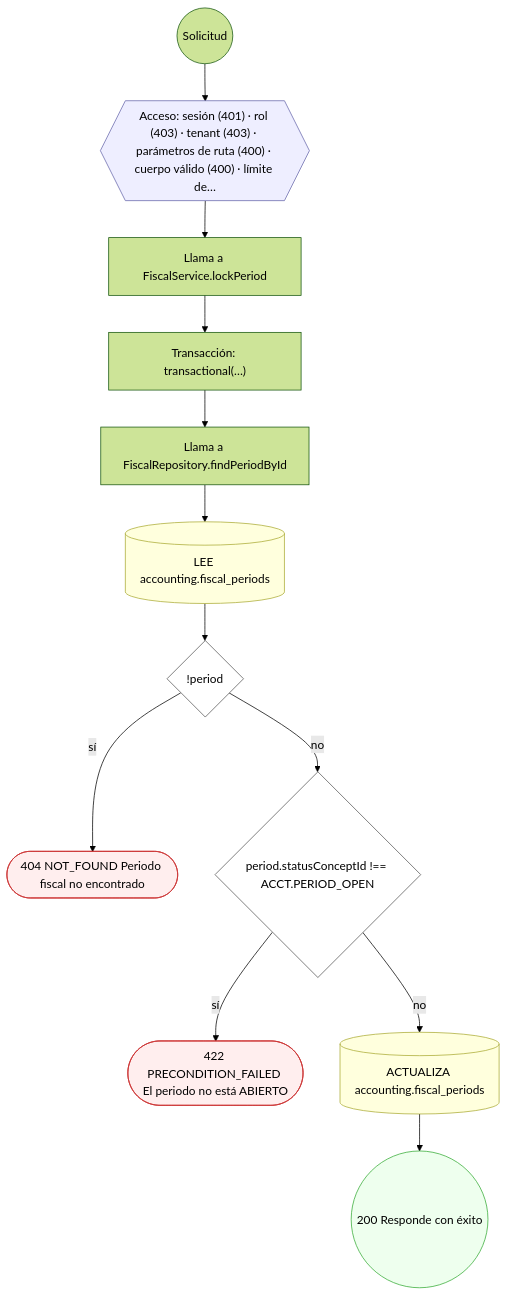
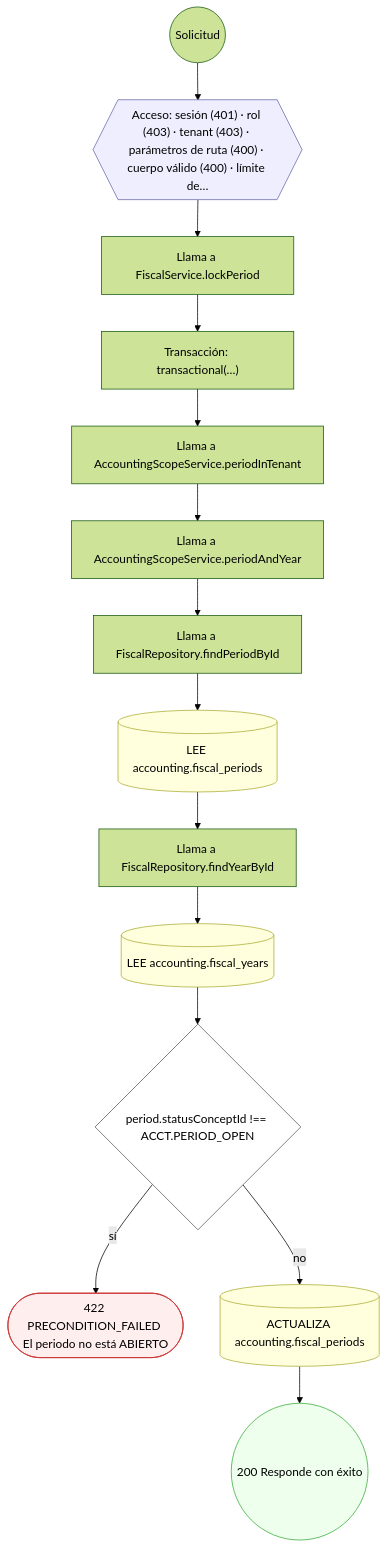
Before and after one commit to mdavila-2001/mantra-core-health-api: diagram 17 of 48 in docs/inventario/flujos/accounting.md, drawn with Mermaid (forest theme). The commit also changed other lines of this file and 438 other files, not shown here.

````diff
--- a/docs/inventario/flujos/accounting.md
+++ b/docs/inventario/flujos/accounting.md
@@ -1420,32 +1572,36 @@
 ```mermaid
 flowchart TD
   n1(("Solicitud")):::inicio
   n2{{"Acceso: sesión (401) · rol (403) · tenant (403) · parámetros de ruta (400) · cuerpo válido (400) · límite de…"}}:::acceso
   n1 --> n2
   n3["Llama a FiscalService.lockPeriod"]:::llamada
   n2 --> n3
   n4["Transacción: transactional(…)"]:::transaccion
   n3 --> n4
-  n5["Llama a FiscalRepository.findPeriodById"]:::llamada
+  n5["Llama a AccountingScopeService.periodInTenant"]:::llamada
   n4 --> n5
-  n6[("LEE accounting.fiscal_periods")]:::efecto
+  n6["Llama a AccountingScopeService.periodAndYear"]:::llamada
   n5 --> n6
-  n7{"!period"}:::decision
+  n7["Llama a FiscalRepository.findPeriodById"]:::llamada
   n6 --> n7
-  n8(["404 NOT_FOUND Periodo fiscal no encontrado"]):::error
-  n7 -->|"sí"| n8
-  n9{"period.statusConceptId !== ACCT.PERIOD_OPEN"}:::decision
-  n7 -->|"no"| n9
-  n10(["422 PRECONDITION_FAILED El periodo no está ABIERTO"]):::error
-  n9 -->|"sí"| n10
-  n11[("ACTUALIZA accounting.fiscal_periods")]:::efecto
-  n9 -->|"no"| n11
-  n12(("200 Responde con éxito")):::ok
-  n11 --> n12
+  n8[("LEE accounting.fiscal_periods")]:::efecto
+  n7 --> n8
+  n9["Llama a FiscalRepository.findYearById"]:::llamada
+  n8 --> n9
+  n10[("LEE accounting.fiscal_years")]:::efecto
+  n9 --> n10
+  n11{"period.statusConceptId !== ACCT.PERIOD_OPEN"}:::decision
+  n10 --> n11
+  n12(["422 PRECONDITION_FAILED El periodo no está ABIERTO"]):::error
+  n11 -->|"sí"| n12
+  n13[("ACTUALIZA accounting.fiscal_periods")]:::efecto
+  n11 -->|"no"| n13
+  n14(("200 Responde con éxito")):::ok
+  n13 --> n14
   classDef acceso fill:#eef,stroke:#66a
   classDef error fill:#fee,stroke:#c33
   classDef ok fill:#efe,stroke:#3a3
   classDef efecto fill:#ffd,stroke:#aa3
   classDef decision fill:#fff,stroke:#555
   classDef corte fill:#eee,stroke:#999,stroke-dasharray: 4
 ```
````
